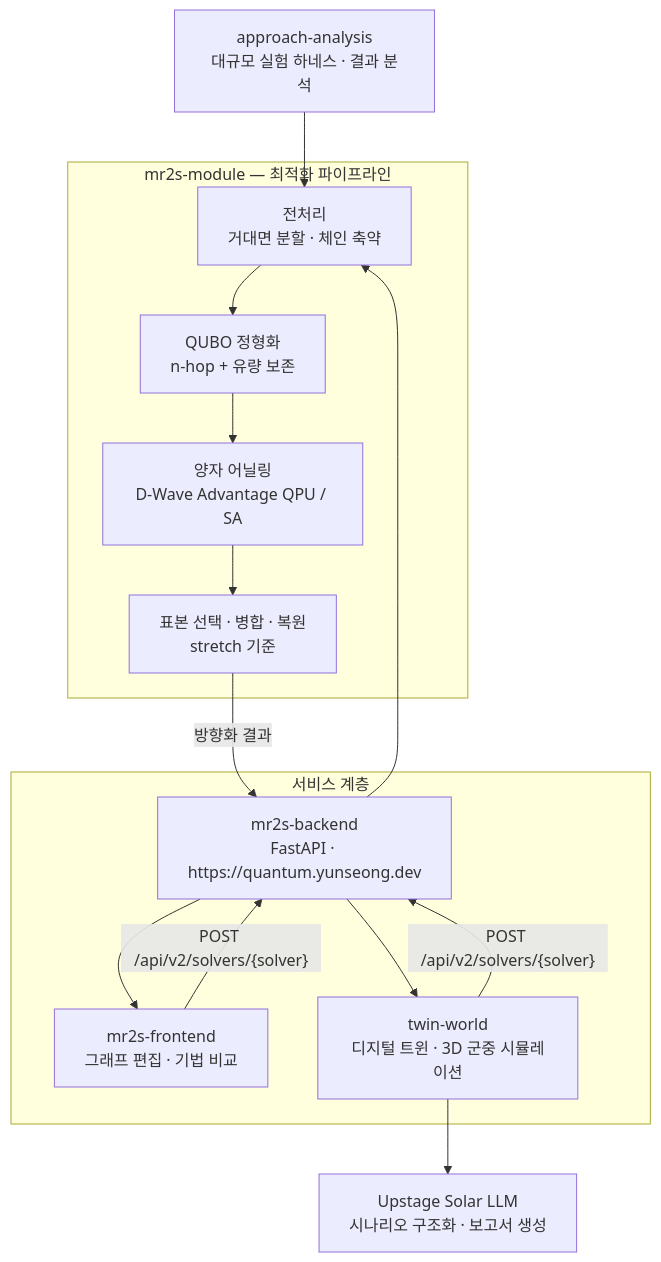
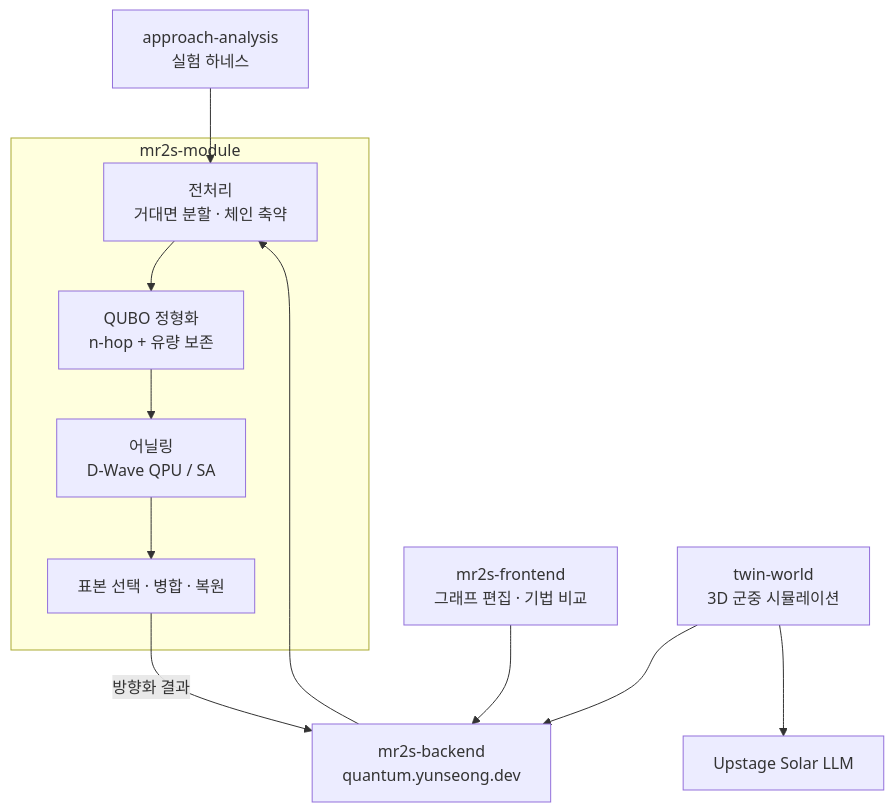
The first of 2 diagrams in README.md (pnucse-capstone2026/capstone-2026-team-36), drawn with Mermaid before and after one commit. The commit also changed other lines of this file, not shown here.

````diff
--- a/README.md
+++ b/README.md
@@ -73,28 +61,23 @@
 ```mermaid
 flowchart TD
-    subgraph pipeline["mr2s-module — 최적화 파이프라인"]
+    subgraph pipeline["mr2s-module"]
         PRE["전처리<br/>거대면 분할 · 체인 축약"]
         QUBO["QUBO 정형화<br/>n-hop + 유량 보존"]
-        ANNEAL["양자 어닐링<br/>D-Wave Advantage QPU / SA"]
-        PICK["표본 선택 · 병합 · 복원<br/>stretch 기준"]
+        ANNEAL["어닐링<br/>D-Wave QPU / SA"]
+        PICK["표본 선택 · 병합 · 복원"]
         PRE --> QUBO --> ANNEAL --> PICK
     end
 
-    subgraph service["서비스 계층"]
-        BE["mr2s-backend<br/>FastAPI · https://quantum.yunseong.dev"]
-        FE["mr2s-frontend<br/>그래프 편집 · 기법 비교"]
-        TW["twin-world<br/>디지털 트윈 · 3D 군중 시뮬레이션"]
-    end
+    FE["mr2s-frontend<br/>그래프 편집 · 기법 비교"]
+    TW["twin-world<br/>3D 군중 시뮬레이션"]
+    BE["mr2s-backend<br/>quantum.yunseong.dev"]
+    EXP["approach-analysis<br/>실험 하네스"]
+    LLM["Upstage Solar LLM"]
 
-    EXP["approach-analysis<br/>대규모 실험 하네스 · 결과 분석"]
-    LLM["Upstage Solar LLM<br/>시나리오 구조화 · 보고서 생성"]
-
-    FE -->|"POST /api/v2/solvers/{solver}"| BE
-    TW -->|"POST /api/v2/solvers/{solver}"| BE
+    FE --> BE
+    TW --> BE
     BE --> PRE
     PICK -->|"방향화 결과"| BE
-    BE --> FE
-    BE --> TW
     TW --> LLM
     EXP --> PRE
 ```
````
